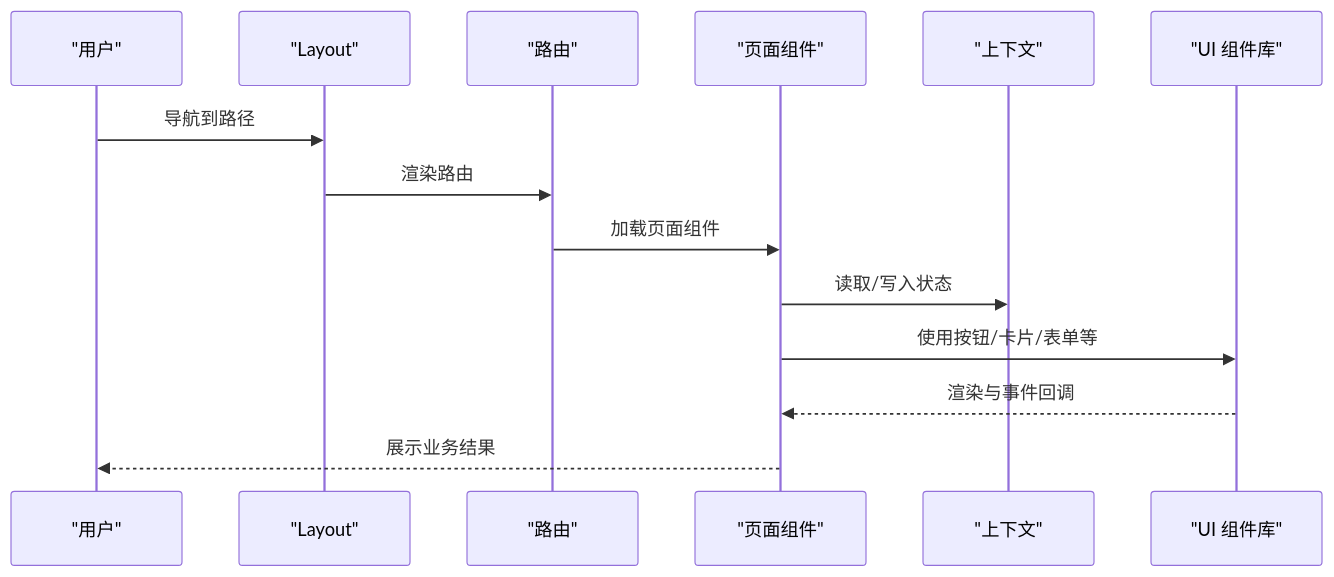
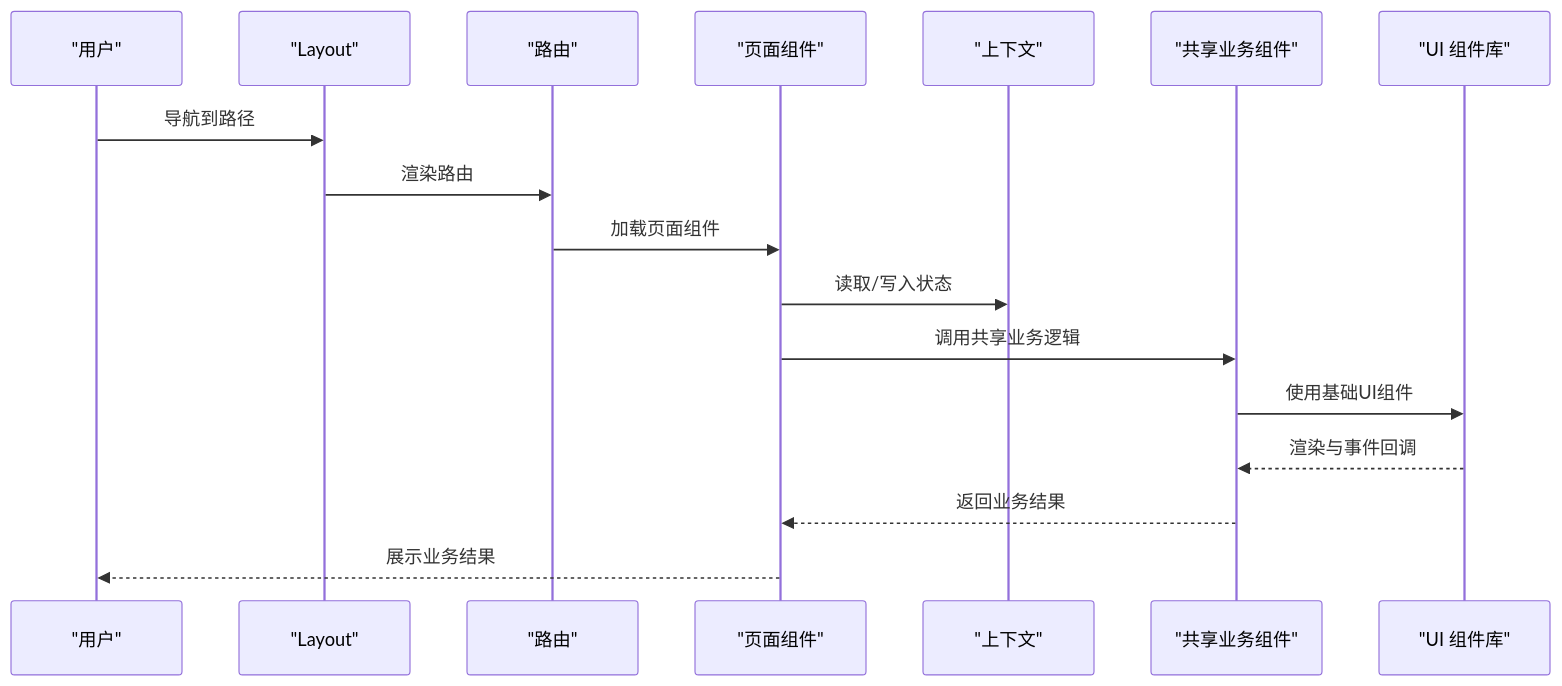
Before and after one commit to chinak/permission_apply: the second of 10 diagrams in .qoder/repowiki/zh/content/架构设计/组件架构.md, drawn with Mermaid. The commit also changed other lines of this file and 43 other files, not shown here.

````diff
--- a/.qoder/repowiki/zh/content/架构设计/组件架构.md
+++ b/.qoder/repowiki/zh/content/架构设计/组件架构.md
@@ -131,16 +149,19 @@
 ```mermaid
 sequenceDiagram
 participant U as "用户"
 participant L as "Layout"
 participant R as "路由"
 participant P as "页面组件"
 participant C as "上下文"
+participant SHARED as "共享业务组件"
 participant UI as "UI 组件库"
 U->>L : 导航到路径
 L->>R : 渲染路由
 R->>P : 加载页面组件
 P->>C : 读取/写入状态
-P->>UI : 使用按钮/卡片/表单等
-UI-->>P : 渲染与事件回调
+P->>SHARED : 调用共享业务逻辑
+SHARED->>UI : 使用基础UI组件
+UI-->>SHARED : 渲染与事件回调
+SHARED-->>P : 返回业务结果
 P-->>U : 展示业务结果
 ```
````
